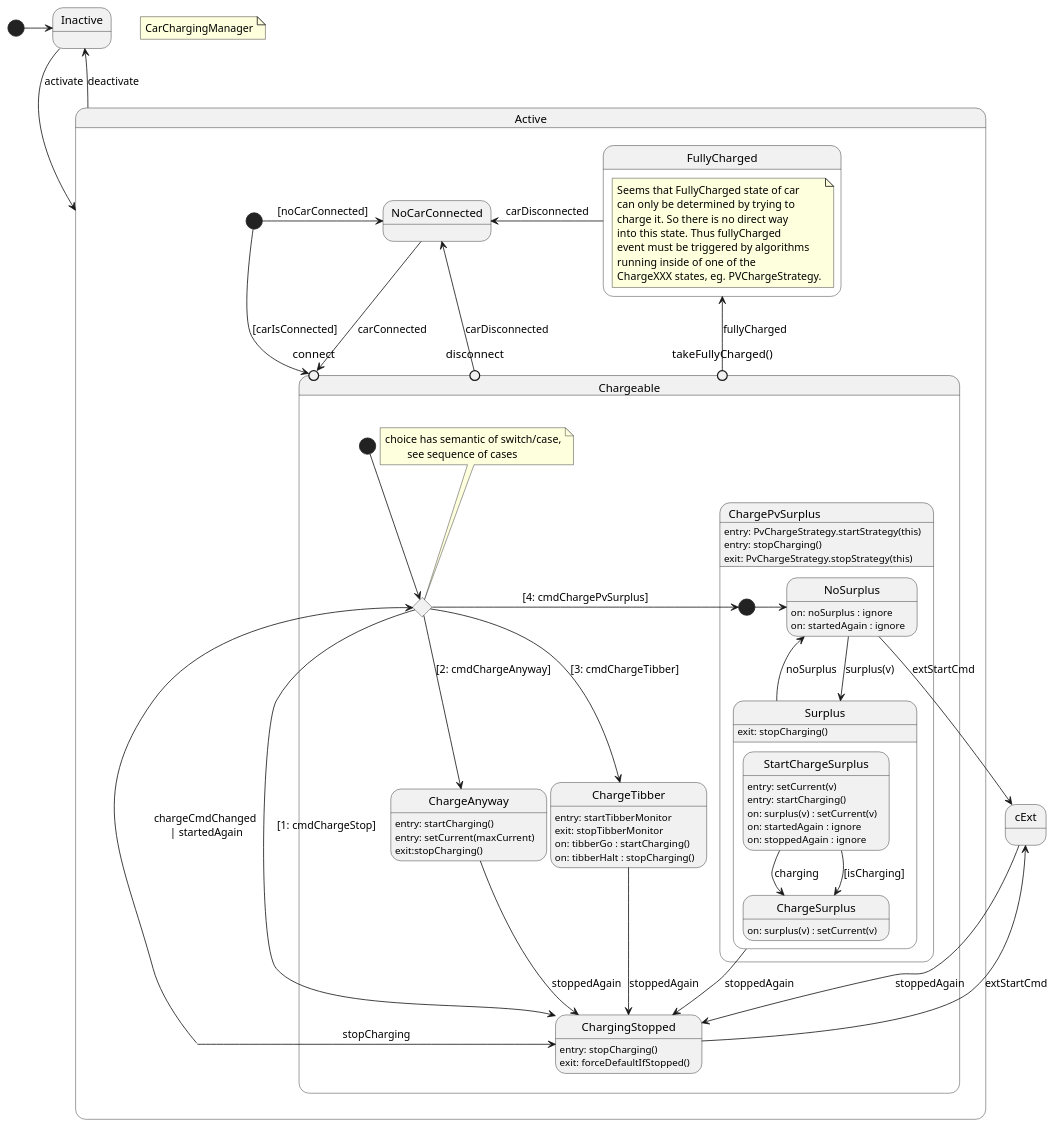
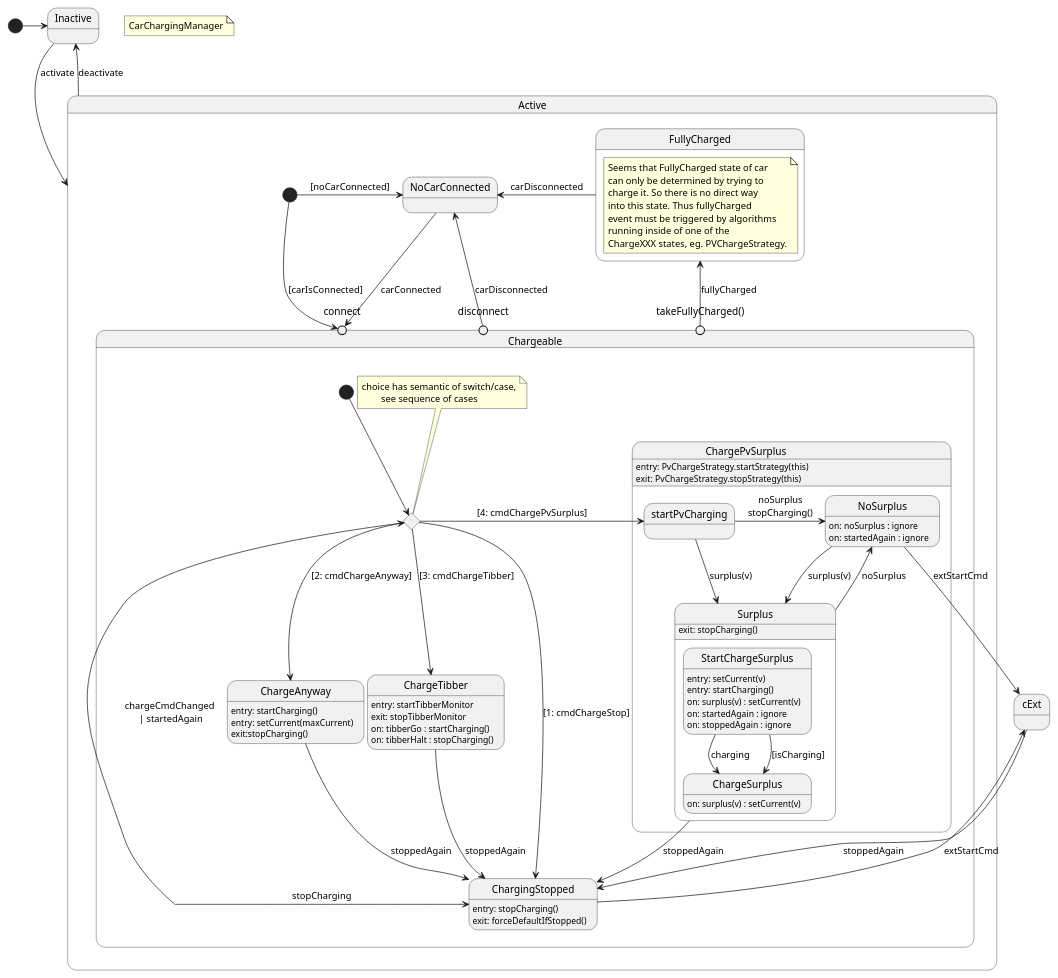
Before and after one commit to geobe/energyControl: the diagram in src/main/groovy/de/geobe/energy/automation/models/CarChargingManager.puml, drawn with PlantUML. The commit also changed 5 other files, not shown here.

```diff
--- a/src/main/groovy/de/geobe/energy/automation/models/CarChargingManager.puml
+++ b/src/main/groovy/de/geobe/energy/automation/models/CarChargingManager.puml
@@ -1,134 +1,134 @@
 @startuml
 'https://plantuml.com/state-diagram
 
 scale 1400 width
 
 [*] -right-> inAct
 
 state "Inactive" as inAct
 state "Active" as act {
 
      [*] -r-> noCar : [noCarConnected]
 
     state "NoCarConnected" as noCar
 
 '    state "CarConnected" as carCon {
 
         state "Chargeable" as cabl {
 
         state "connect" as con  <<entryPoint>>
         state "disconnect" as dcon  <<entryPoint>>
         state "takeFullyCharged()" as fch  <<entryPoint>>
 '        state "chargeCmdChanged" as ccc <<entryPoint>>
 
             state "ChargePvSurplus" as cSurplus {
               cSurplus: entry: PvChargeStrategy.startStrategy(this)
-              cSurplus: entry: stopCharging()
+             ' cSurplus: entry: stopCharging()
               cSurplus: exit: PvChargeStrategy.stopStrategy(this)
-    '          cSurplus: exit: stopCharging()
 
-              state "Surplus" as sp {
-               sp: exit: stopCharging()
+                state "Surplus" as sp {
+                    sp: exit: stopCharging()
 
-                state "ChargeSurplus" as hasPlus {
-    '                hasPlus: entry: setCurrent(v)
-                    hasPlus: on: surplus(v) : setCurrent(v)
+                    state "ChargeSurplus" as hasPlus {
+                       ' hasPlus: entry: setCurrent(v)
+                        hasPlus: on: surplus(v) : setCurrent(v)
+                    }
+    
+                    state "StartChargeSurplus" as waitCh {
+                        waitCh: entry: setCurrent(v)
+                        waitCh: entry: startCharging()
+                        waitCh: on: surplus(v) : setCurrent(v)
+                        waitCh: on: startedAgain : ignore
+                        waitCh: on: stoppedAgain : ignore
+                    }
                 }
-
-                state "StartChargeSurplus" as waitCh
-                    waitCh: entry: setCurrent(v)
-                    waitCh: entry: startCharging()
-                    waitCh: on: surplus(v) : setCurrent(v)
-                    waitCh: on: startedAgain : ignore
-                    waitCh: on: stoppedAgain : ignore
-
-            }
 
                 state "NoSurplus" as noPlus {
                   noPlus: on: noSurplus : ignore
                   noPlus: on: startedAgain : ignore
                 }
 
-            state lpstart <<start>>
+            state "startPvCharging" as pvstart
 
           }
 
            state "ChargingStopped" as cStop
                cStop: entry: stopCharging()
                cStop: exit: forceDefaultIfStopped()
 
           state "ChargeTibber" as cTibber
               cTibber: entry: startTibberMonitor
               cTibber: exit: stopTibberMonitor
               cTibber: on: tibberGo : startCharging()
               cTibber: on: tibberHalt : stopCharging()
 
 
           state "ChargeAnyway" as cAnyway
               cAnyway: entry: startCharging()
               cAnyway: entry: setCurrent(maxCurrent)
               cAnyway: exit:stopCharging()
 
           state "switch" as choiceCmd <<choice>>
 
           note top of choiceCmd
             choice has semantic of switch/case,
             \tsee sequence of cases
           end note
 
           cabl -l-> choiceCmd : chargeCmdChanged\n | startedAgain
           [*] --> choiceCmd
           cabl -l-> cStop : stopCharging
         }
 
       state "FullyCharged" as full {
 
         note as fullNote
             Seems that FullyCharged state of car
             can only be determined by trying to
             charge it. So there is no direct way
             into this state. Thus fullyCharged
             event must be triggered by algorithms
             running inside of one of the
             ChargeXXX states, eg. PVChargeStrategy.
         end note
 
       }
 
 '    }
      [*] --> con : [carIsConnected]
 
 }
 dcon -u-> noCar : carDisconnected
 full -l-> noCar : carDisconnected
 'cSurplus --> cStop : stopCmd
 fch -u-> full : fullyCharged
 'cTibber -down-> cStop : stopCmd
 'cAnyway --> cStop : stopCmd
 cAnyway --> cStop : stoppedAgain
 cTibber --> cStop : stoppedAgain
 cStop -u-> cExt : extStartCmd
 noPlus -r-> cExt : extStartCmd
 cExt --> cStop : stoppedAgain
 sp --> cStop : stoppedAgain
 
-choiceCmd -r-> lpstart : [4: cmdChargePvSurplus]
+choiceCmd -r-> pvstart : [4: cmdChargePvSurplus]
 choiceCmd -r-> cAnyway : [2: cmdChargeAnyway]
 choiceCmd --> cStop : [1: cmdChargeStop]
 choiceCmd -r-> cTibber : [3: cmdChargeTibber]
 'cStop -up-> choiceCmd : extStartCmd
 noCar --> con : carConnected
 inAct -down-> act : activate
 act -up-> inAct : deactivate
 
 noPlus -right-> sp : surplus(v)
 waitCh -down-> hasPlus : charging\t
 waitCh -down-> hasPlus : [isCharging]
 sp -u-> noPlus : noSurplus
-lpstart -r-> noPlus
+pvstart -r-> noPlus : noSurplus\nstopCharging()
+pvstart --> sp : surplus(v)
 
 
 
 note "CarChargingManager" as NTop
 
 @enduml
```
